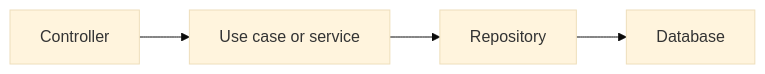
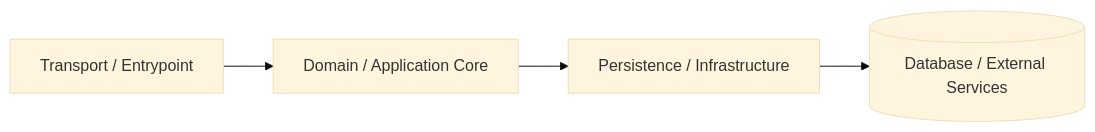
The diagram in rules/backend-review-mode.md (rodrigocnascimento/bot-configs), drawn with Mermaid (base theme) before and after one commit. The commit also changed other lines of this file and 15 other files, not shown here.

Commit message:
feat(review): implement polyglot and architecture-aware backend code review (v2.2.0)

````diff
--- a/rules/backend-review-mode.md
+++ b/rules/backend-review-mode.md
@@ -33,6 +41,6 @@
 ```mermaid
 flowchart LR
-  Controller --> UseCase[Use case or service]
-  UseCase --> Repository
-  Repository --> Database
+  Transport[Transport / Entrypoint] --> Domain[Domain / Application Core]
+  Domain --> Persistence[Persistence / Infrastructure]
+  Persistence --> Storage[(Database / External Services)]
 ```
````
